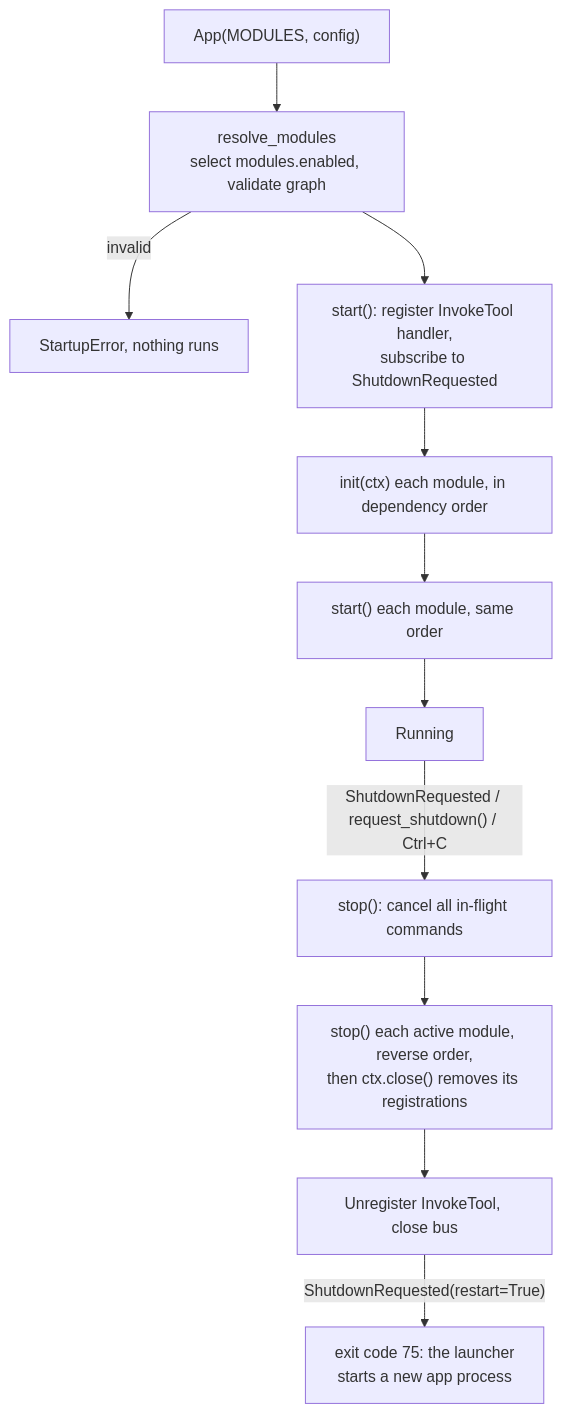
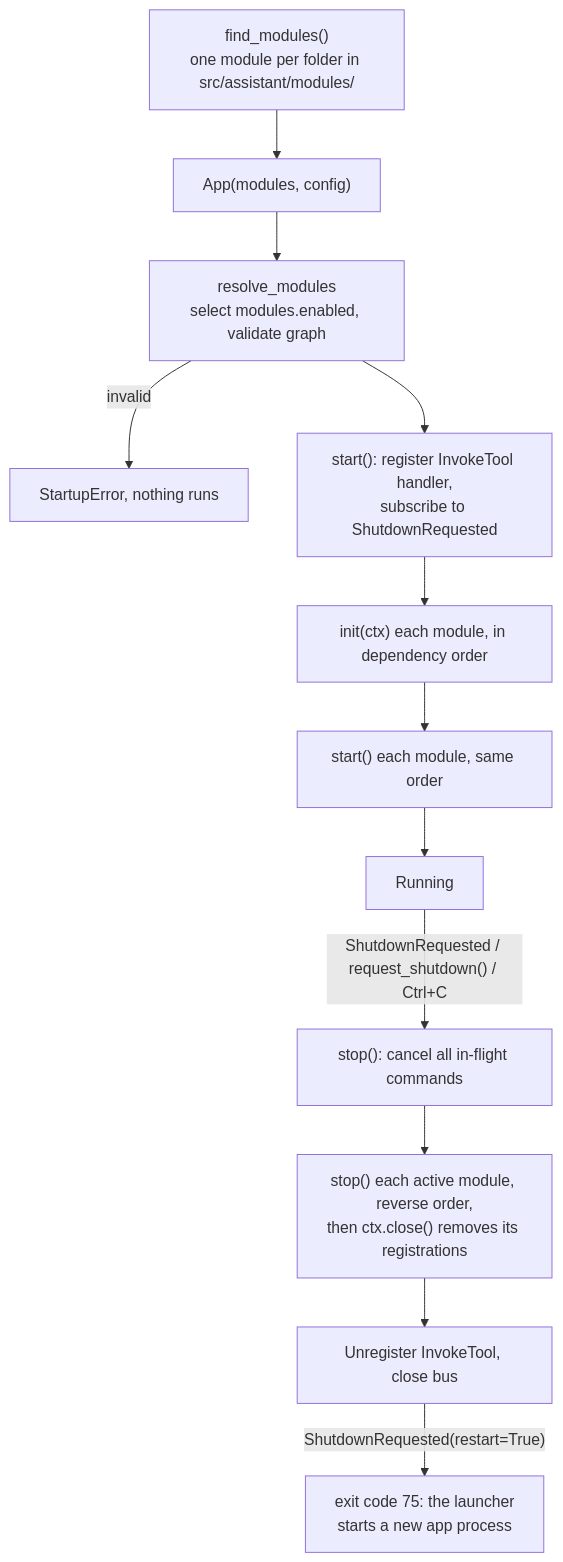
Before and after one commit to sharramon/AI_Assistant: the third of 5 diagrams in docs/architecture/core.md, drawn with Mermaid. The commit also changed other lines of this file and 23 other files, not shown here.

Commit message:
Module system, chunk 4: modules found by folder (find_modules; the MODULES list goes)

````diff
--- a/docs/architecture/core.md
+++ b/docs/architecture/core.md
@@ -138,13 +138,14 @@
 ```mermaid
 flowchart TD
-    A["App(MODULES, config)"] --> B["resolve_modules<br/>select modules.enabled, validate graph"]
+    S["find_modules()<br/>one module per folder in src/assistant/modules/"] --> A["App(modules, config)"]
+    A --> B["resolve_modules<br/>select modules.enabled, validate graph"]
     B -- invalid --> X[StartupError, nothing runs]
     B --> C["start(): register InvokeTool handler,<br/>subscribe to ShutdownRequested"]
     C --> D["init(ctx) each module, in dependency order"]
     D --> E["start() each module, same order"]
     E --> F[Running]
     F -- "ShutdownRequested / request_shutdown() / Ctrl+C" --> G["stop(): cancel all in-flight commands"]
     G --> H["stop() each active module, reverse order,<br/>then ctx.close() removes its registrations"]
     H --> I[Unregister InvokeTool, close bus]
     I -- "ShutdownRequested(restart=True)" --> R["exit code 75: the launcher<br/>starts a new app process"]
 ```
````
